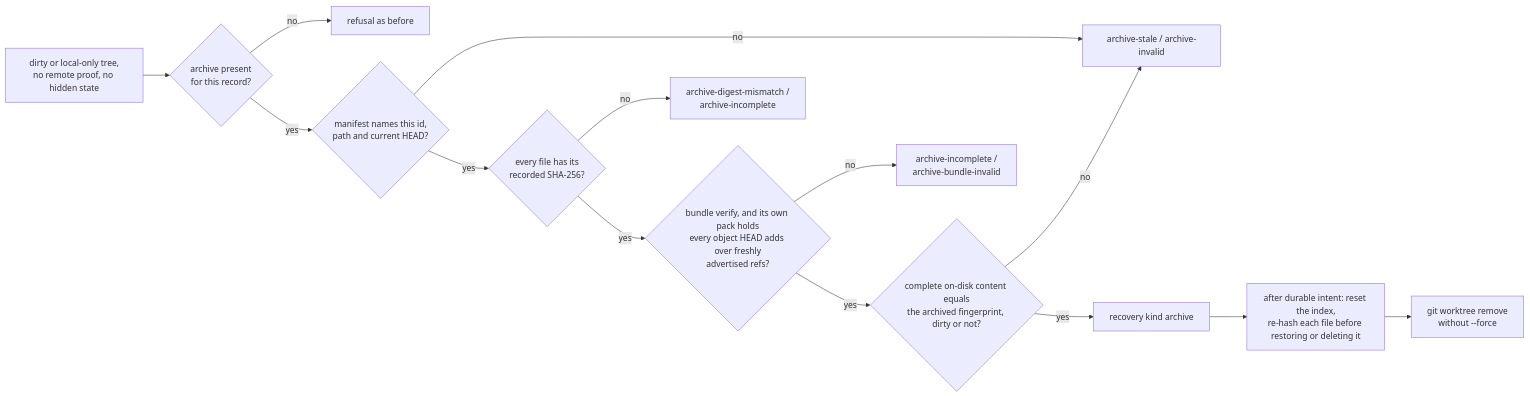
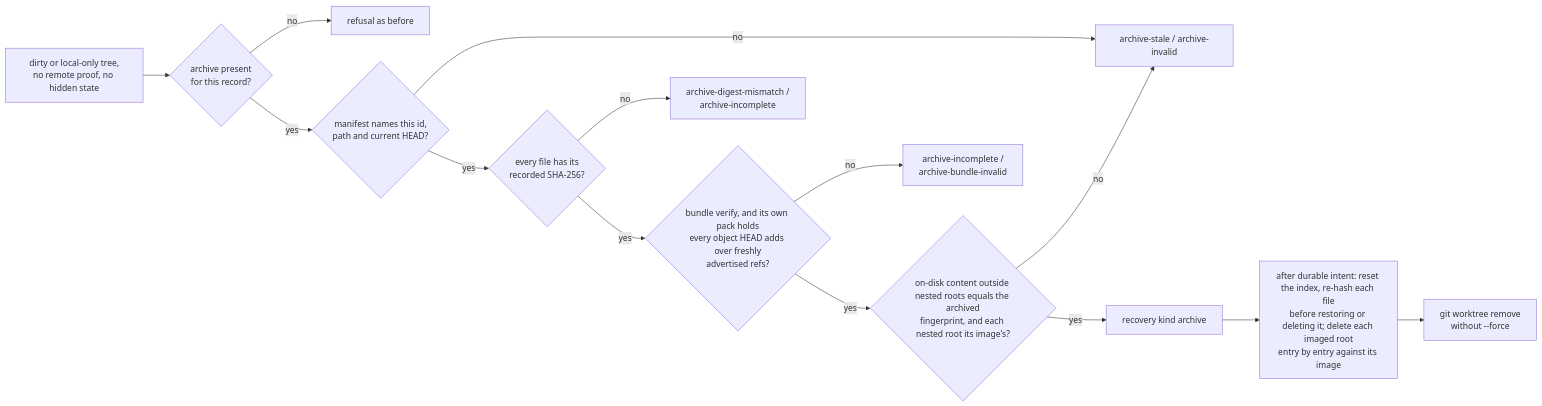
The third of 3 diagrams in docs/architecture.md (beyond10x/worktree), drawn with Mermaid before and after one commit. The commit also changed other lines of this file and 7 other files, not shown here.

````diff
--- a/docs/architecture.md
+++ b/docs/architecture.md
@@ -85,16 +91,16 @@
 ```mermaid
 flowchart LR
     tree["dirty or local-only tree,<br/>no remote proof, no hidden state"] --> archived{"archive present<br/>for this record?"}
     archived -->|no| refuse["refusal as before"]
     archived -->|yes| manifest{"manifest names this id,<br/>path and current HEAD?"}
     manifest -->|no| stale["archive-stale / archive-invalid"]
     manifest -->|yes| digests{"every file has its<br/>recorded SHA-256?"}
     digests -->|no| mismatch["archive-digest-mismatch /<br/>archive-incomplete"]
     digests -->|yes| bundle{"bundle verify, and its own pack holds<br/>every object HEAD adds over freshly<br/>advertised refs?"}
     bundle -->|no| incomplete["archive-incomplete /<br/>archive-bundle-invalid"]
-    bundle -->|yes| state{"complete on-disk content equals<br/>the archived fingerprint, dirty or not?"}
+    bundle -->|yes| state{"on-disk content outside nested roots equals the archived<br/>fingerprint, and each nested root its image's?"}
     state -->|no| stale
     state -->|yes| proof["recovery kind archive"]
-    proof --> discard["after durable intent: reset the index,<br/>re-hash each file before restoring or deleting it"]
+    proof --> discard["after durable intent: reset the index, re-hash each file<br/>before restoring or deleting it; delete each imaged root<br/>entry by entry against its image"]
     discard --> remove["git worktree remove<br/>without --force"]
 ```
````
